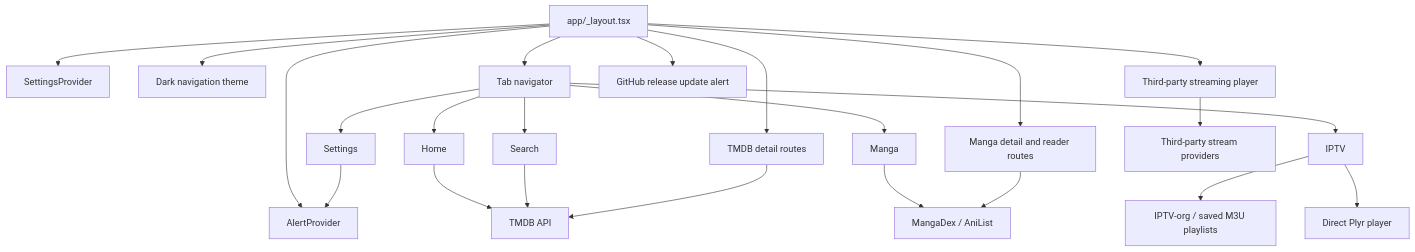
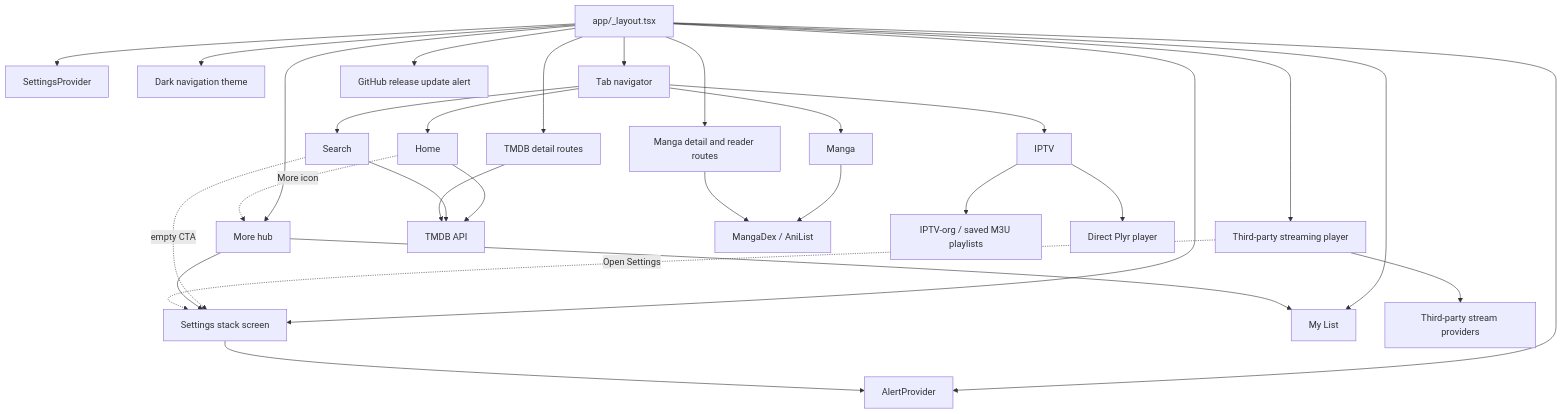
Before and after one commit to kunalkcube/yummy: the diagram in MEMORY.md, drawn with Mermaid. The commit also changed other lines of this file and 13 other files, not shown here.

````diff
--- a/MEMORY.md
+++ b/MEMORY.md
@@ -16,27 +16,34 @@
 ```mermaid
 flowchart TD
-    Root[app/_layout.tsx] --> Settings[SettingsProvider]
+    Root[app/_layout.tsx] --> SettingsCtx[SettingsProvider]
     Root --> Alerts[AlertProvider]
     Root --> Theme[Dark navigation theme]
     Root --> Tabs[Tab navigator]
     Root --> Details[TMDB detail routes]
     Root --> Player[Third-party streaming player]
     Root --> Manga[Manga detail and reader routes]
+    Root --> SettingsScreen[Settings stack screen]
+    Root --> MoreScreen[More hub]
+    Root --> MyListScreen[My List]
     Root --> Updates[GitHub release update alert]
 
     Tabs --> Home[Home]
     Tabs --> Search[Search]
     Tabs --> MangaTab[Manga]
     Tabs --> IptvTab[IPTV]
-    Tabs --> SettingsTab[Settings]
 
     Home --> TMDB[TMDB API]
     Search --> TMDB
     Details --> TMDB
     Player --> Providers[Third-party stream providers]
     MangaTab --> MangaAPIs[MangaDex / AniList]
     Manga --> MangaAPIs
     IptvTab --> IptvOrg[IPTV-org / saved M3U playlists]
     IptvTab --> IptvPlayer[Direct Plyr player]
-    SettingsTab --> Alerts
+    SettingsScreen --> Alerts
+    Home -.->|More icon| MoreScreen
+    Search -.->|empty CTA| SettingsScreen
+    MoreScreen --> MyListScreen
+    MoreScreen --> SettingsScreen
+    Player -.->|Open Settings| SettingsScreen
 ```
````
